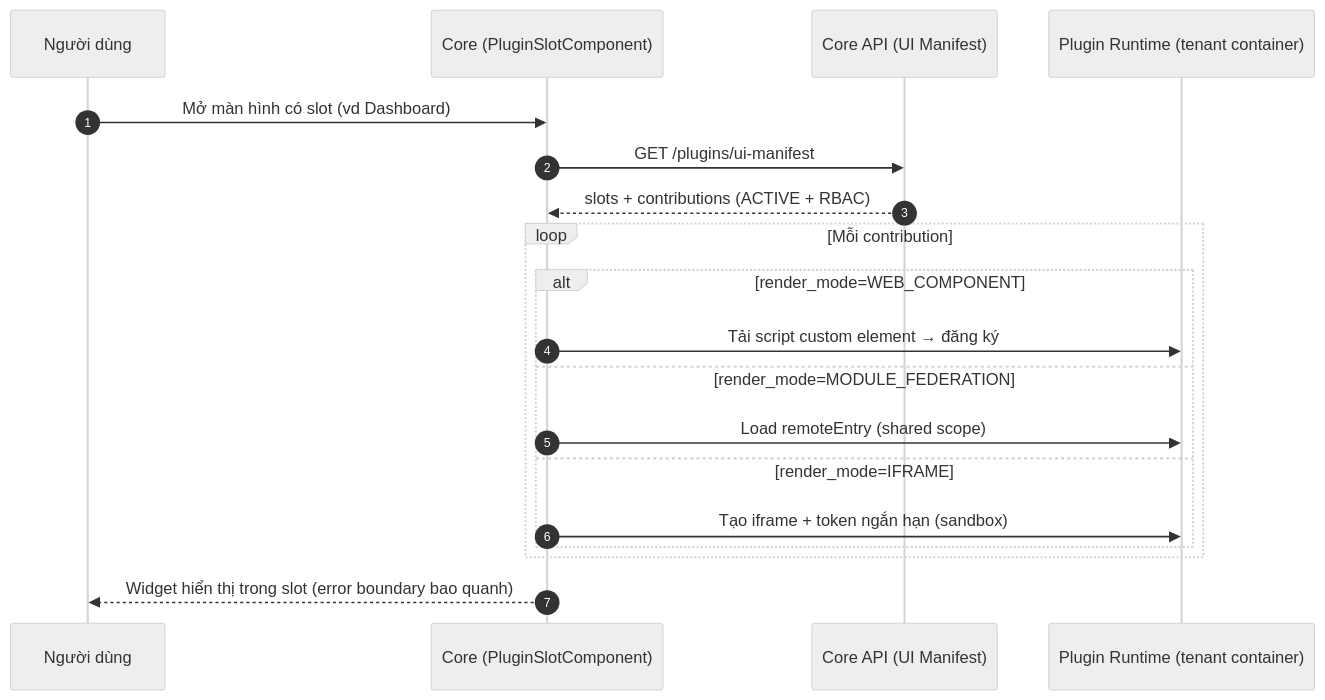
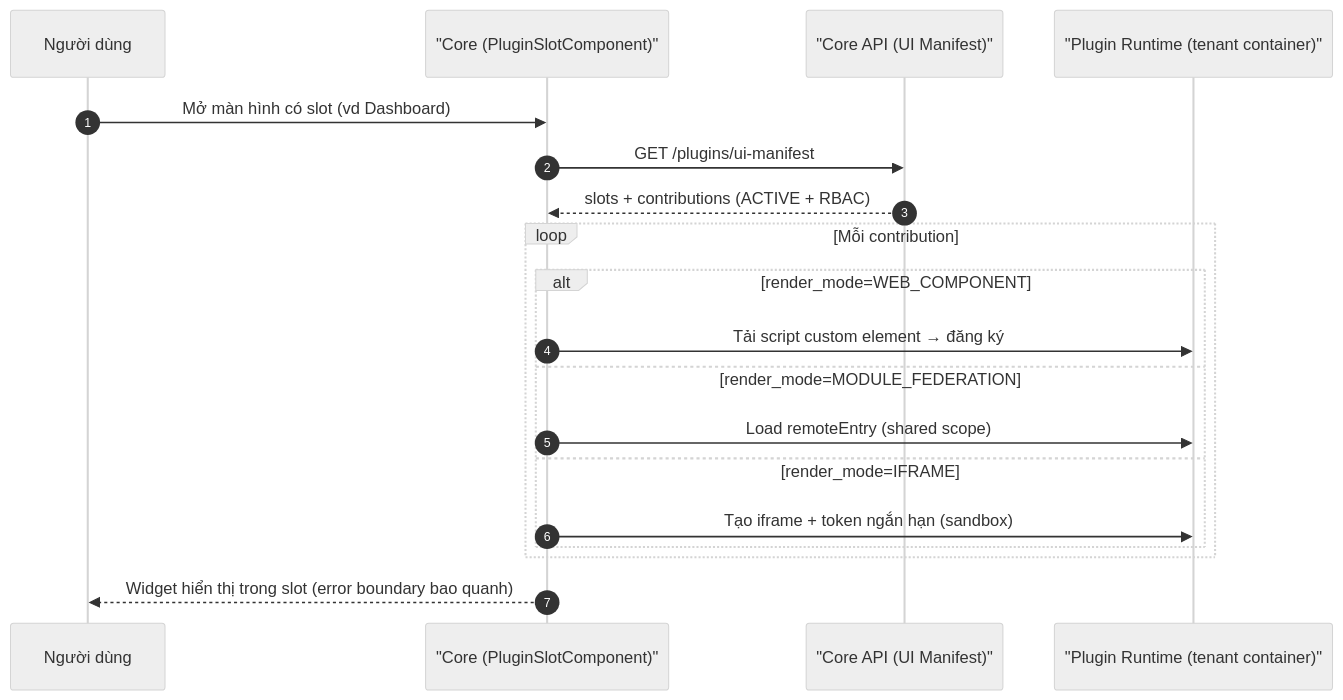
Before and after one commit to min3rd/open-erp: the diagram in docs/sprints/sprint_03_plugin_manager/05_solutions/SOL-03_plugin_ui_extension_and_cli_dev_experience.md, drawn with Mermaid (neutral theme). The commit also changed 3 other files, not shown here.

First line of the commit message:
fix(docs): correct mermaid syntax in sprint 03 diagrams

````diff
--- a/docs/sprints/sprint_03_plugin_manager/05_solutions/SOL-03_plugin_ui_extension_and_cli_dev_experience.md
+++ b/docs/sprints/sprint_03_plugin_manager/05_solutions/SOL-03_plugin_ui_extension_and_cli_dev_experience.md
@@ -54,21 +54,21 @@
 ```mermaid
 sequenceDiagram
     autonumber
     participant U as Người dùng
-    participant H as Core (PluginSlotComponent)
-    participant API as Core API (UI Manifest)
-    participant P as Plugin Runtime (tenant container)
+    participant H as "Core (PluginSlotComponent)"
+    participant API as "Core API (UI Manifest)"
+    participant P as "Plugin Runtime (tenant container)"
     U->>H: Mở màn hình có slot (vd Dashboard)
     H->>API: GET /plugins/ui-manifest
     API-->>H: slots + contributions (ACTIVE + RBAC)
     loop Mỗi contribution
         alt render_mode=WEB_COMPONENT
             H->>P: Tải script custom element → đăng ký
         else render_mode=MODULE_FEDERATION
             H->>P: Load remoteEntry (shared scope)
         else render_mode=IFRAME
             H->>P: Tạo iframe + token ngắn hạn (sandbox)
         end
     end
     H-->>U: Widget hiển thị trong slot (error boundary bao quanh)
 ```
````
